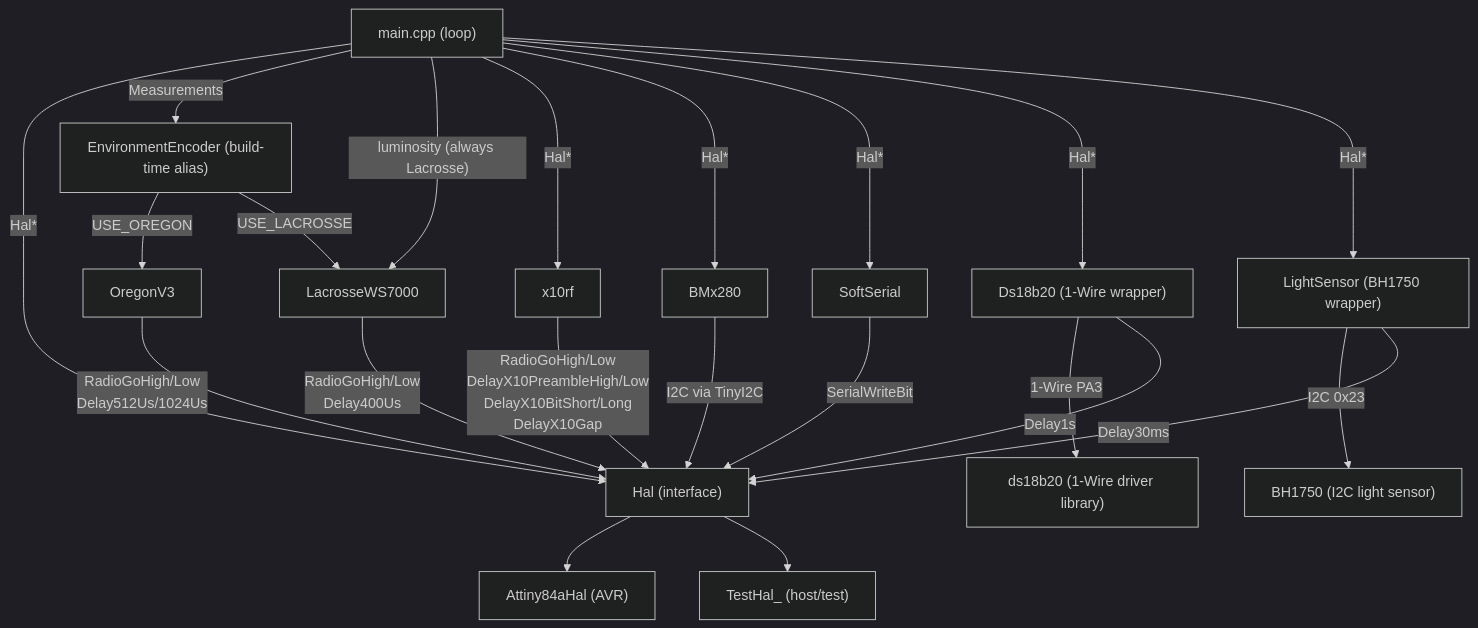
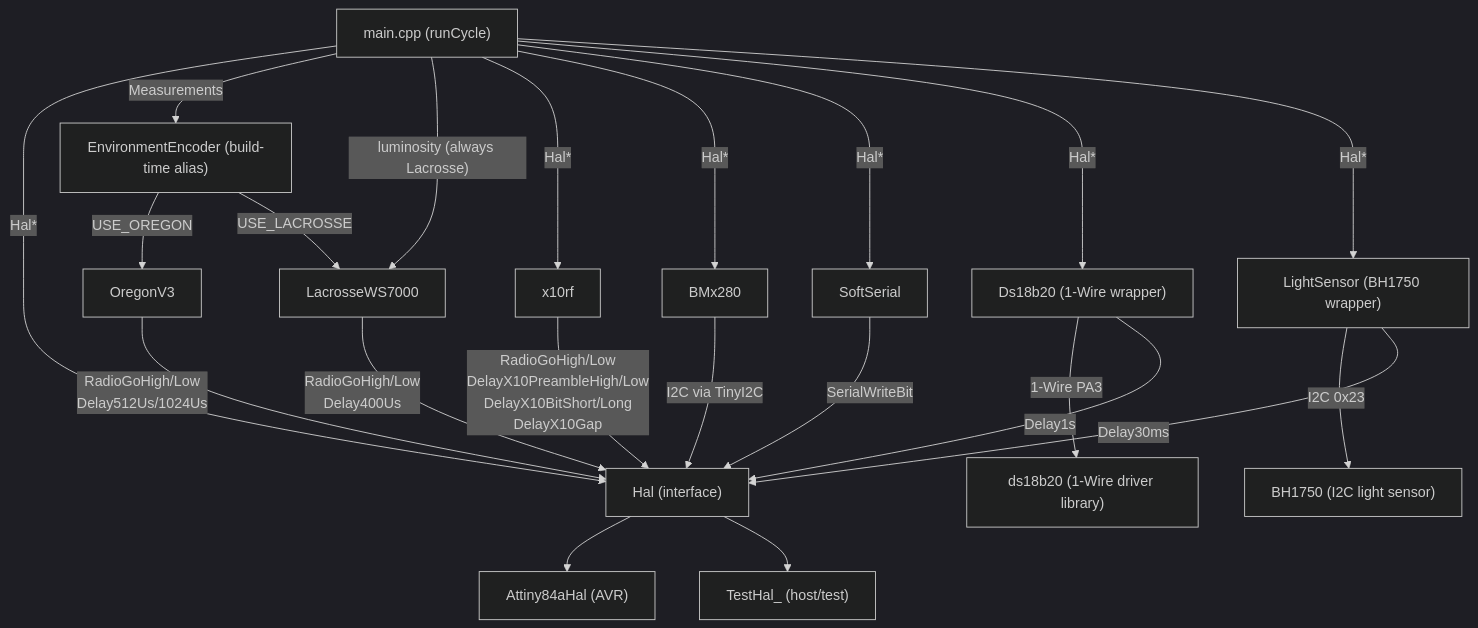
One commit to arcadien/tinySensor changed the diagram in docs/architecture.md. Above: the diagram before and after it, drawn with Mermaid (dark theme). The commit also changed other lines of this file, not shown here.

Commit message:
arch(TECH-MAIN-001): document runCycle(Hal*) and native_cycle_* test envs

````diff
--- a/docs/architecture.md
+++ b/docs/architecture.md
@@ -7,26 +7,26 @@
 ```mermaid
 graph TD
-  main["main.cpp (loop)"] -->|Hal*| HAL
+  main["main.cpp (runCycle)"] -->|Hal*| HAL
   main -->|"Measurements"| EnvEnc["EnvironmentEncoder (build-time alias)"]
   EnvEnc -->|"USE_OREGON"| OregonV3
   EnvEnc -->|"USE_LACROSSE"| LacrosseWS7000
   main -->|"luminosity (always Lacrosse)"| LacrosseWS7000
   main -->|Hal*| x10rf
   main -->|Hal*| BMx280
   main -->|Hal*| SoftSerial
   main -->|Hal*| Ds18b20["Ds18b20 (1-Wire wrapper)"]
   Ds18b20 -->|"1-Wire PA3"| ds18b20["ds18b20 (1-Wire driver library)"]
   main -->|Hal*| LightSensor["LightSensor (BH1750 wrapper)"]
   LightSensor -->|"I2C 0x23"| BH1750["BH1750 (I2C light sensor)"]
   LightSensor -->|Delay30ms| HAL
 
   HAL["Hal (interface)"] --> Attiny84aHal["Attiny84aHal (AVR)"]
   HAL --> TestHal["TestHal_ (host/test)"]
 
   OregonV3 -->|RadioGoHigh/Low\nDelay512Us/1024Us| HAL
   LacrosseWS7000 -->|RadioGoHigh/Low\nDelay400Us| HAL
   x10rf -->|"RadioGoHigh/Low\nDelayX10PreambleHigh/Low\nDelayX10BitShort/Long\nDelayX10Gap"| HAL
   SoftSerial -->|SerialWriteBit| HAL
   BMx280 -->|I2C via TinyI2C| HAL
   Ds18b20 -->|Delay1s| HAL
 ```
````
